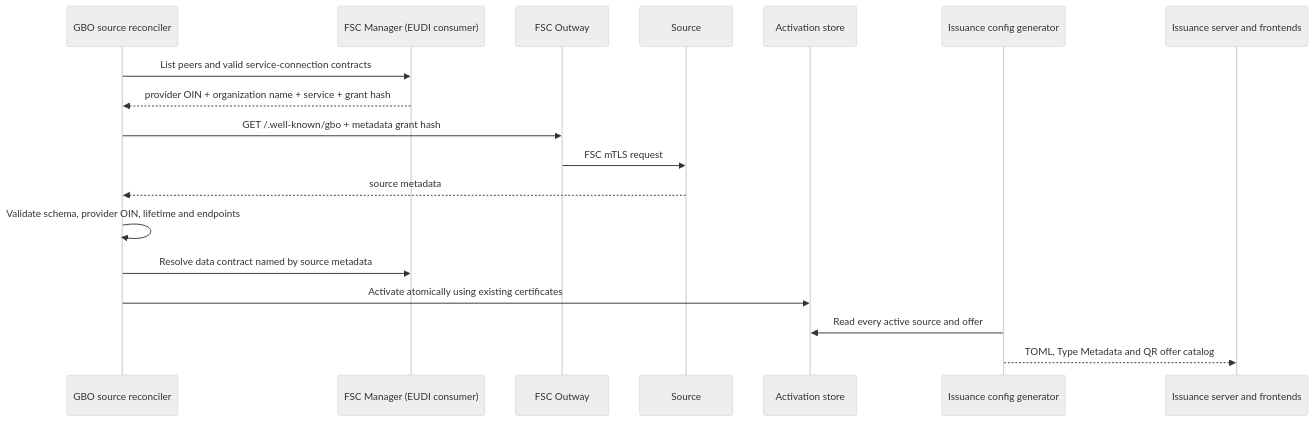
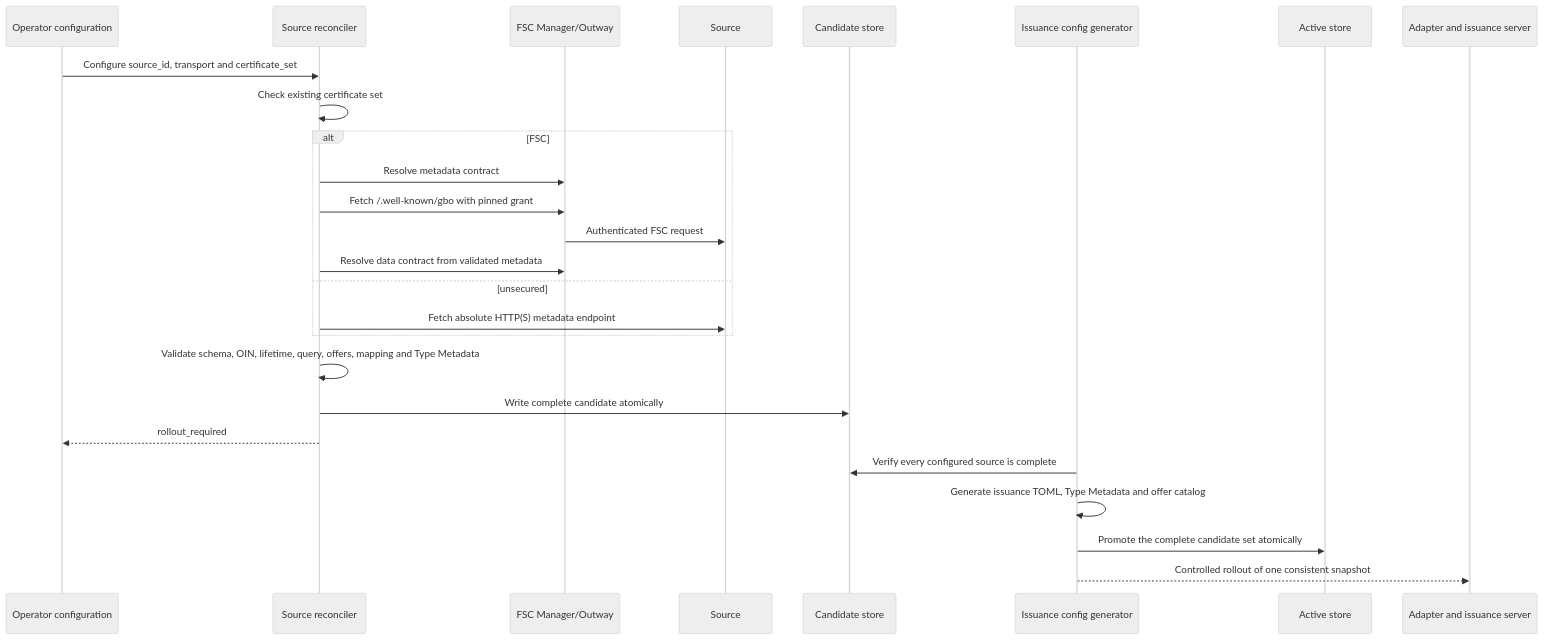
One commit to ICTU/GBO-demo changed the diagram in docs/source-onboarding.md. Above: the diagram before and after it, drawn with Mermaid (neutral theme). The commit also changed other lines of this file and 37 other files, not shown here.

````diff
--- a/docs/source-onboarding.md
+++ b/docs/source-onboarding.md
@@ -32,21 +67,29 @@
 ```mermaid
 sequenceDiagram
-    participant R as GBO source reconciler
-    participant M as FSC Manager (EUDI consumer)
-    participant O as FSC Outway
+    participant O as Operator configuration
+    participant R as Source reconciler
+    participant F as FSC Manager/Outway
     participant B as Source
-    participant S as Activation store
+    participant C as Candidate store
     participant G as Issuance config generator
-    participant I as Issuance server and frontends
+    participant A as Active store
+    participant I as Adapter and issuance server
 
-    R->>M: List peers and valid service-connection contracts
-    M-->>R: provider OIN + organization name + service + grant hash
-    R->>O: GET /.well-known/gbo + metadata grant hash
-    O->>B: FSC mTLS request
-    B-->>R: source metadata
-    R->>R: Validate schema, provider OIN, lifetime and endpoints
-    R->>M: Resolve data contract named by source metadata
-    R->>S: Activate atomically using existing certificates
-    G->>S: Read every active source and offer
-    G-->>I: TOML, Type Metadata and QR offer catalog
+    O->>R: Configure source_id, transport and certificate_set
+    R->>R: Check existing certificate set
+    alt FSC
+        R->>F: Resolve metadata contract
+        R->>F: Fetch /.well-known/gbo with pinned grant
+        F->>B: Authenticated FSC request
+        R->>F: Resolve data contract from validated metadata
+    else unsecured
+        R->>B: Fetch absolute HTTP(S) metadata endpoint
+    end
+    R->>R: Validate schema, OIN, lifetime, query, offers, mapping and Type Metadata
+    R->>C: Write complete candidate atomically
+    R-->>O: rollout_required
+    G->>C: Verify every configured source is complete
+    G->>G: Generate issuance TOML, Type Metadata and offer catalog
+    G->>A: Promote the complete candidate set atomically
+    G-->>I: Controlled rollout of one consistent snapshot
 ```
````
